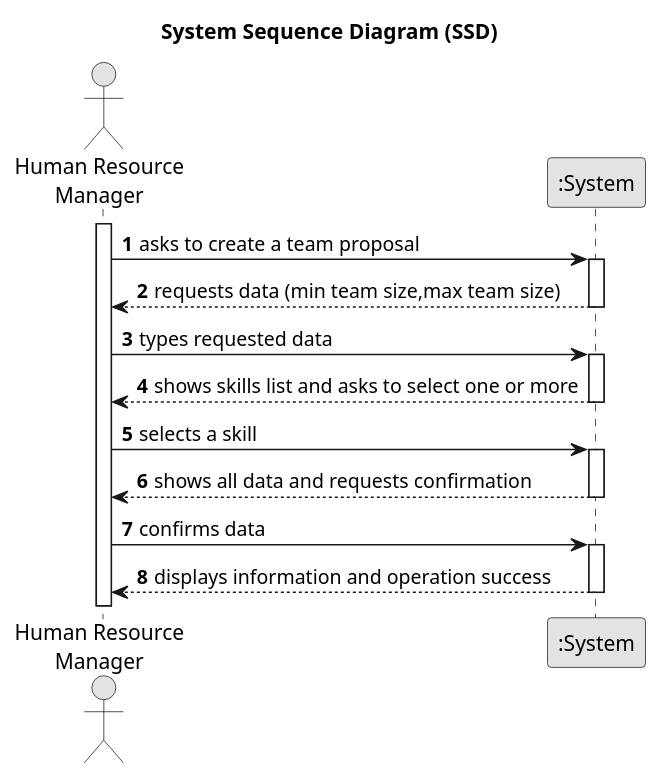
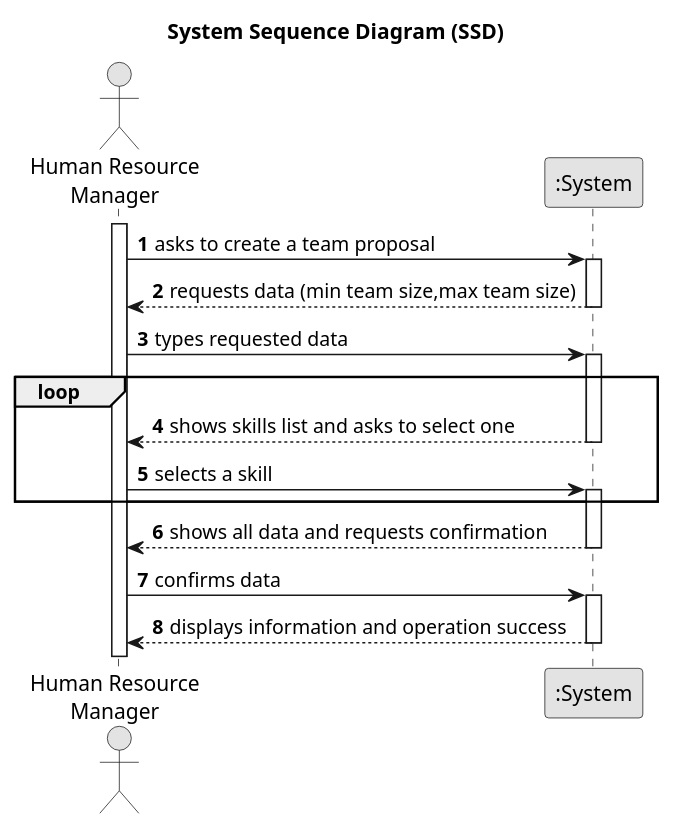
Before and after one commit to yusufyilmaz00/Integral-Project-ISEP: the diagram in docs/sprintA/us005/01.requirements-engineering/puml/us05-system-sequence-diagram.puml, drawn with PlantUML.

Commit message:
update file : loop added

```diff
--- a/docs/sprintA/us005/01.requirements-engineering/puml/us05-system-sequence-diagram.puml
+++ b/docs/sprintA/us005/01.requirements-engineering/puml/us05-system-sequence-diagram.puml
@@ -1,39 +1,41 @@
 @startuml
 skinparam monochrome true
 skinparam packageStyle rectangle
 skinparam shadowing false
 
 title System Sequence Diagram (SSD)
 
 autonumber
 
 actor "Human Resource\nManager" as Manager
 participant ":System" as System
 
 activate Manager
 
     Manager -> System : asks to create a team proposal
     activate System
 
         System --> Manager : requests data (min team size,max team size)
     deactivate System
 
     Manager -> System : types requested data
     activate System
 
-    System --> Manager : shows skills list and asks to select one or more
-    deactivate System
+    loop
+        System --> Manager : shows skills list and asks to select one
+        deactivate System
 
-    Manager -> System : selects a skill
-        activate System
+        Manager -> System : selects a skill
+                activate System
+    end
 
     System --> Manager : shows all data and requests confirmation
     deactivate System
 
     Manager -> System : confirms data
     activate System
 
         System --> Manager : displays information and operation success
     deactivate System
 
 @enduml
```
